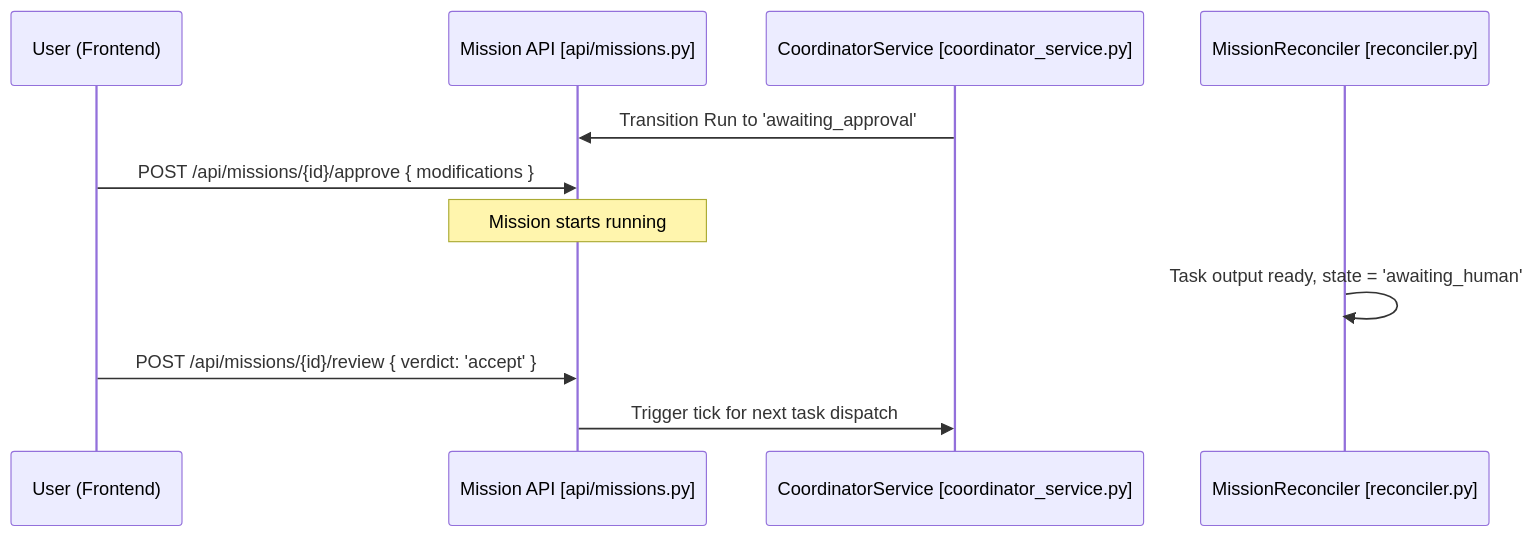
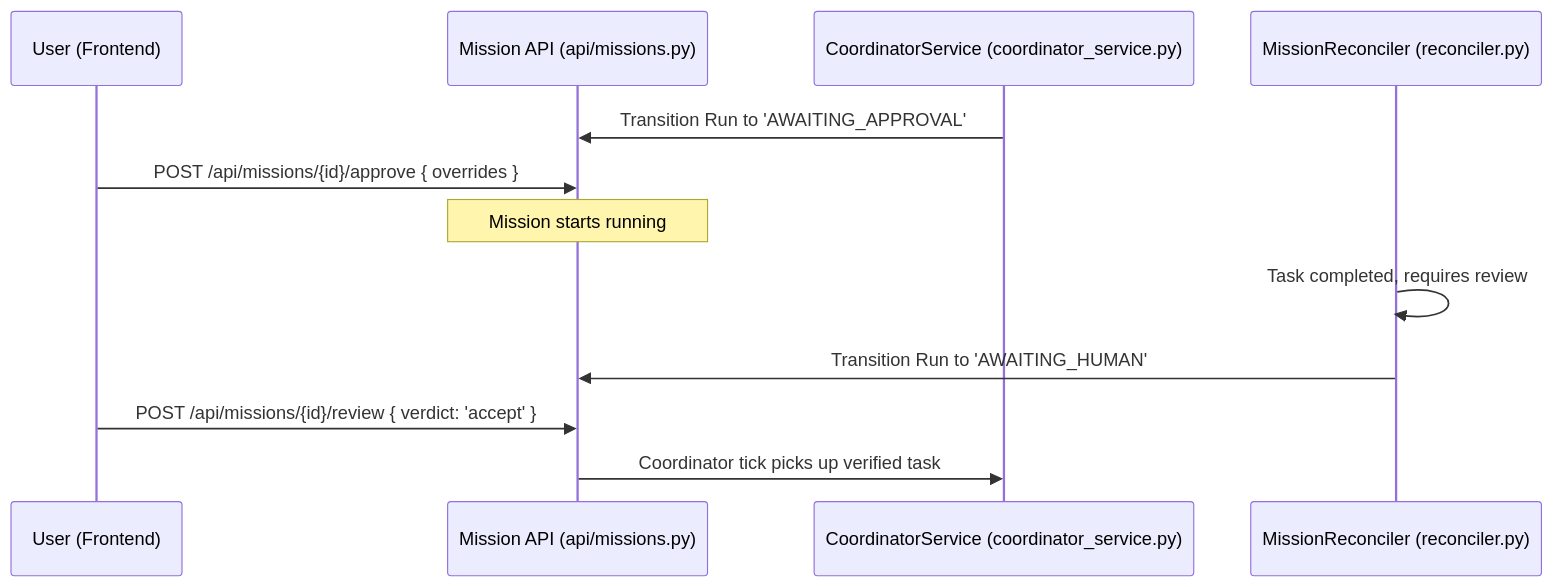
Before and after one commit to AutomatosAI/automatos-ai: the second of 2 diagrams in docs/missions-multi-agent-coordination/mission-ui-human-review.md, drawn with Mermaid. The commit also changed other lines of this file and 191 other files, not shown here.

````diff
--- a/docs/missions-multi-agent-coordination/mission-ui-human-review.md
+++ b/docs/missions-multi-agent-coordination/mission-ui-human-review.md
@@ -130,14 +156,15 @@
 ```mermaid
 sequenceDiagram
     participant U as User (Frontend)
-    participant API as Mission API [api/missions.py]
-    participant CS as CoordinatorService [coordinator_service.py]
-    participant RS as MissionReconciler [reconciler.py]
+    participant API as Mission API (api/missions.py)
+    participant CS as CoordinatorService (coordinator_service.py)
+    participant RS as MissionReconciler (reconciler.py)
 
-    CS->>API: Transition Run to 'awaiting_approval'
-    U->>API: POST /api/missions/{id}/approve { modifications }
+    CS->>API: Transition Run to 'AWAITING_APPROVAL'
+    U->>API: POST /api/missions/{id}/approve { overrides }
     Note over API: Mission starts running
-    RS->>RS: Task output ready, state = 'awaiting_human'
+    RS->>RS: Task completed, requires review
+    RS->>API: Transition Run to 'AWAITING_HUMAN'
     U->>API: POST /api/missions/{id}/review { verdict: 'accept' }
-    API->>CS: Trigger tick for next task dispatch
+    API->>CS: Coordinator tick picks up verified task
 ```
````
